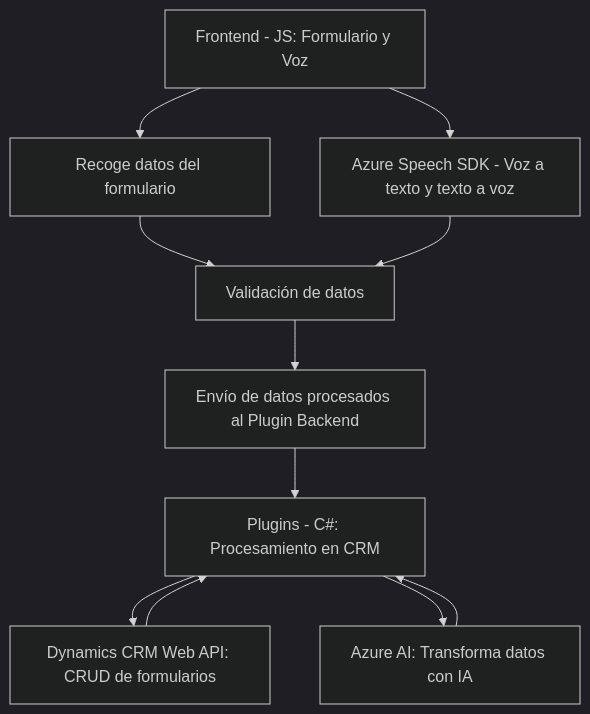
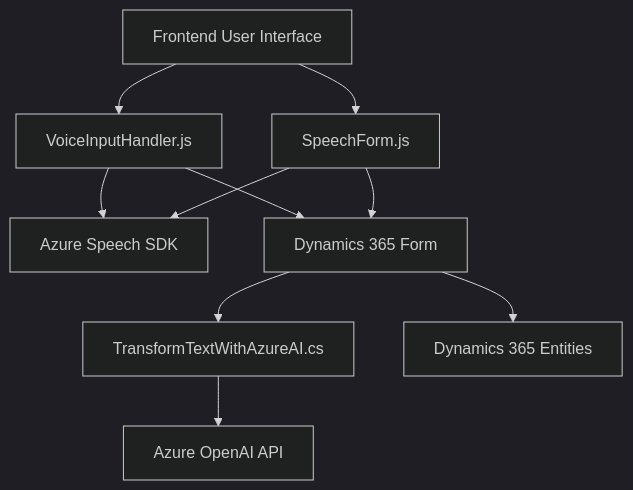
One commit to blopezdm/NETCORE_BILBAO2025 changed the diagram in README.md. Above: the diagram before and after it, drawn with Mermaid (dark theme). The commit also changed other lines of this file, not shown here.

Commit message:
Actualizar análisis global de la solución con IA

````diff
--- a/README.md
+++ b/README.md
@@ -44,17 +44,21 @@
 ```mermaid
 graph TD
-A["Frontend - JS: Formulario y Voz"] --> B["Recoge datos del formulario"]
-A --> C["Azure Speech SDK - Voz a texto y texto a voz"]
+    A["Frontend User Interface"]
+    B["VoiceInputHandler.js"]
+    C["SpeechForm.js"]
+    D["Azure Speech SDK"]
+    E["Dynamics 365 Form"]
+    F["TransformTextWithAzureAI.cs"]
+    G["Azure OpenAI API"]
+    H["Dynamics 365 Entities"]
 
-B --> D["Validación de datos"]
-D --> E["Envío de datos procesados al Plugin Backend"]
-
-C --> D
-
-E --> F["Plugins - C#: Procesamiento en CRM"]
-F --> G["Dynamics CRM Web API: CRUD de formularios"]
-F --> H["Azure AI: Transforma datos con IA"]
-
-H --> F
-G --> F
+    A --> B
+    A --> C
+    B --> D
+    C --> D
+    B --> E
+    C --> E
+    E --> F
+    F --> G
+    E --> H
 ```
````
